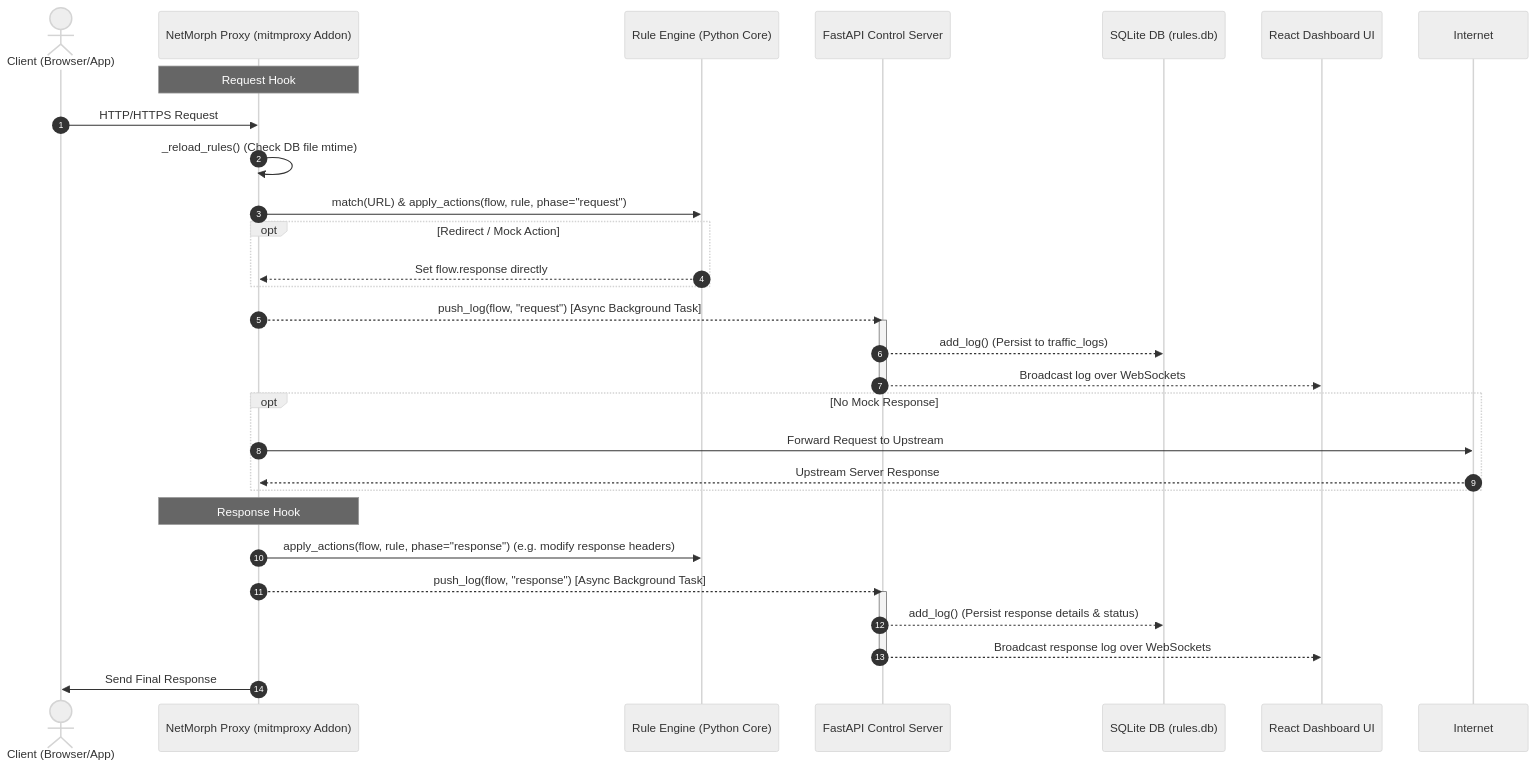
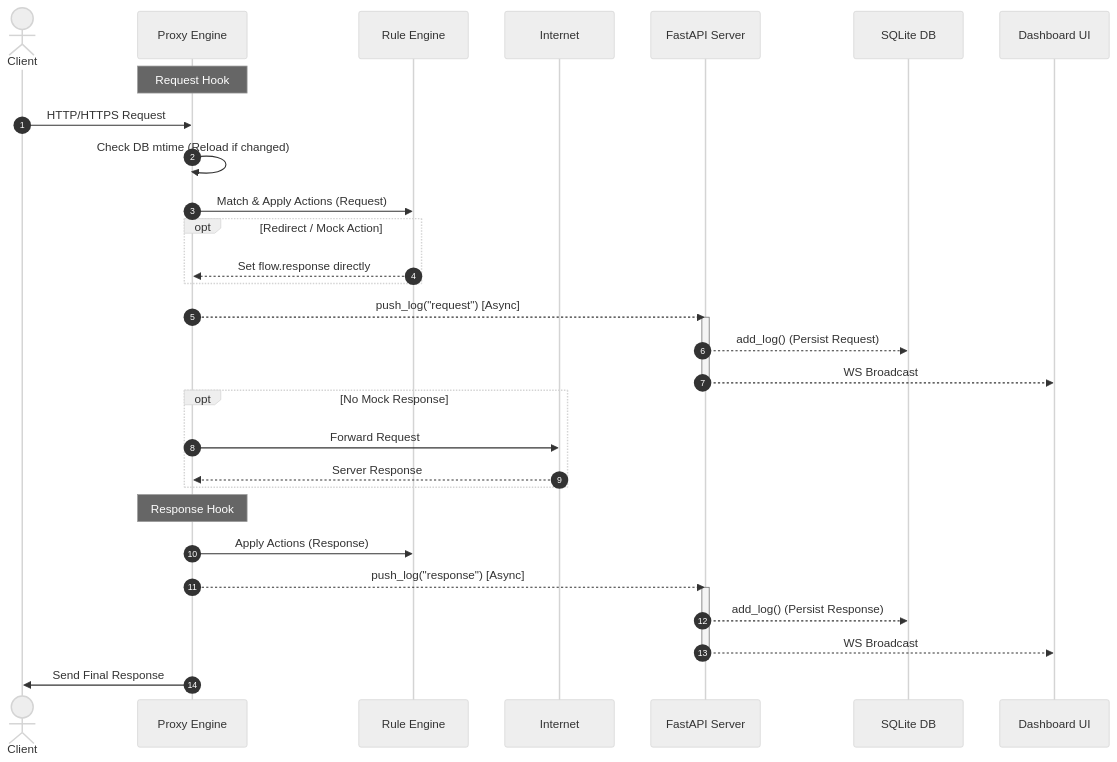
Before and after one commit to Animesh-Barai/NetMorph: the diagram in README.md, drawn with Mermaid (neutral theme).

Commit message:
docs: improve readme architecture diagram layout

````diff
--- a/README.md
+++ b/README.md
@@ -14,37 +14,38 @@
 ```mermaid
 sequenceDiagram
     autonumber
-    actor Client as Client (Browser/App)
-    participant Proxy as NetMorph Proxy (mitmproxy Addon)
-    participant Engine as Rule Engine (Python Core)
-    participant API as FastAPI Control Server
-    participant DB as SQLite DB (rules.db)
-    participant UI as React Dashboard UI
+    actor Client
+    participant Proxy as Proxy Engine
+    participant Engine as Rule Engine
+    participant Web as Internet
+    participant API as FastAPI Server
+    participant DB as SQLite DB
+    participant UI as Dashboard UI
 
     Note over Proxy: Request Hook
     Client->>Proxy: HTTP/HTTPS Request
-    Proxy->>Proxy: _reload_rules() (Check DB file mtime)
-    Proxy->>Engine: match(URL) & apply_actions(flow, rule, phase="request")
+    Proxy->>Proxy: Check DB mtime (Reload if changed)
+    Proxy->>Engine: Match & Apply Actions (Request)
     opt Redirect / Mock Action
         Engine-->>Proxy: Set flow.response directly
     end
-    Proxy-->>API: push_log(flow, "request") [Async Background Task]
+    Proxy-->>API: push_log("request") [Async]
     activate API
-    API-->>DB: add_log() (Persist to traffic_logs)
-    API-->>UI: Broadcast log over WebSockets
+    API-->>DB: add_log() (Persist Request)
+    API-->>UI: WS Broadcast
     deactivate API
 
     opt No Mock Response
-        Proxy->>Internet: Forward Request to Upstream
-        Internet-->>Proxy: Upstream Server Response
+        Proxy->>Web: Forward Request
+        Web-->>Proxy: Server Response
     end
 
     Note over Proxy: Response Hook
-    Proxy->>Engine: apply_actions(flow, rule, phase="response") (e.g. modify response headers)
-    Proxy-->>API: push_log(flow, "response") [Async Background Task]
+    Proxy->>Engine: Apply Actions (Response)
+    Proxy-->>API: push_log("response") [Async]
     activate API
-    API-->>DB: add_log() (Persist response details & status)
-    API-->>UI: Broadcast response log over WebSockets
+    API-->>DB: add_log() (Persist Response)
+    API-->>UI: WS Broadcast
     deactivate API
     Proxy->>Client: Send Final Response
 ```
````
